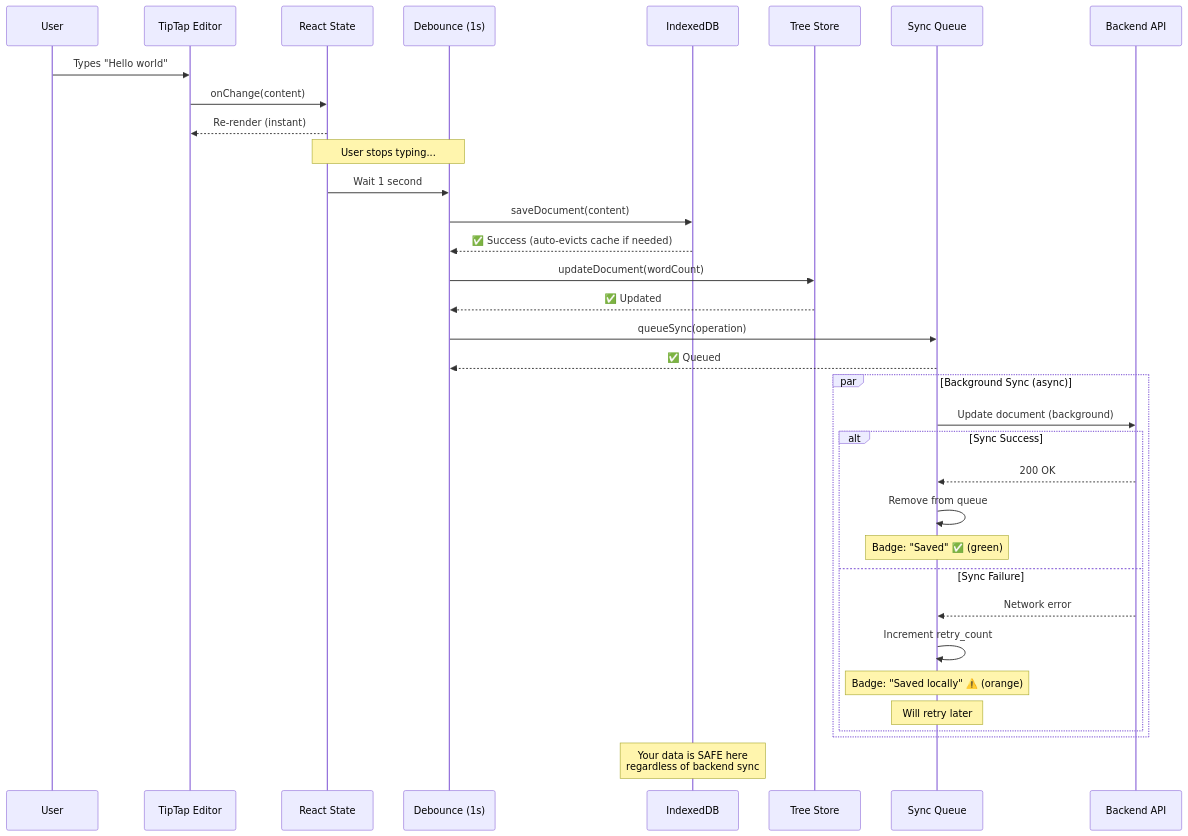
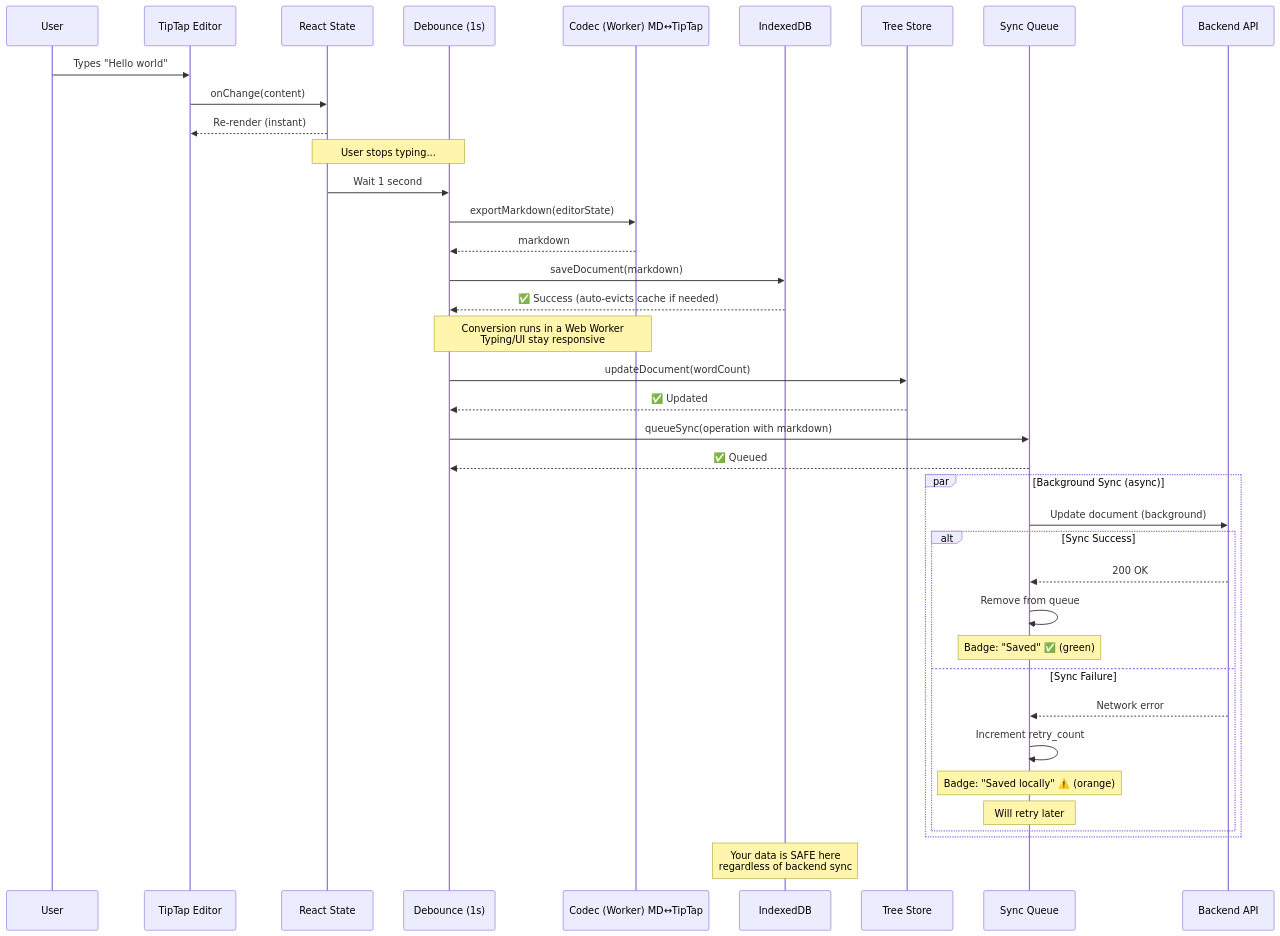
One commit to haowjy/meridian changed the first of 7 diagrams in _docs/technical/frontend/flows.md. Above: the diagram before and after it, drawn with Mermaid. The commit also changed other lines of this file and 40 other files, not shown here.

First line of the commit message:
feat: transition to Markdown content format for documents

````diff
--- a/_docs/technical/frontend/flows.md
+++ b/_docs/technical/frontend/flows.md
@@ -35,43 +35,48 @@
 ```mermaid
 sequenceDiagram
     participant User
     participant Editor as TipTap Editor
     participant State as React State
     participant Debounce as Debounce (1s)
+    participant Codec as Codec (Worker) MD↔︎TipTap
     participant IndexedDB
     participant Zustand as Tree Store
     participant Queue as Sync Queue
     participant Backend as Backend API
 
     User->>Editor: Types "Hello world"
     Editor->>State: onChange(content)
     State-->>Editor: Re-render (instant)
 
     Note over State,Debounce: User stops typing...
 
     State->>Debounce: Wait 1 second
-    Debounce->>IndexedDB: saveDocument(content)
+    Debounce->>Codec: exportMarkdown(editorState)
+    Codec-->>Debounce: markdown
+    Debounce->>IndexedDB: saveDocument(markdown)
     IndexedDB-->>Debounce: ✅ Success (auto‑evicts cache if needed)
+
+    Note over Debounce,Codec: Conversion runs in a Web Worker<br/>Typing/UI stay responsive
 
     Debounce->>Zustand: updateDocument(wordCount)
     Zustand-->>Debounce: ✅ Updated
 
-    Debounce->>Queue: queueSync(operation)
+    Debounce->>Queue: queueSync(operation with markdown)
     Queue-->>Debounce: ✅ Queued
 
     par Background Sync (async)
         Queue->>Backend: Update document (background)
         alt Sync Success
             Backend-->>Queue: 200 OK
             Queue->>Queue: Remove from queue
             Note over Queue: Badge: "Saved" ✅ (green)
         else Sync Failure
             Backend-->>Queue: Network error
             Queue->>Queue: Increment retry_count
             Note over Queue: Badge: "Saved locally" ⚠️ (orange)
             Note over Queue: Will retry later
         end
     end
 
     Note over IndexedDB: Your data is SAFE here<br/>regardless of backend sync
 ```
````
